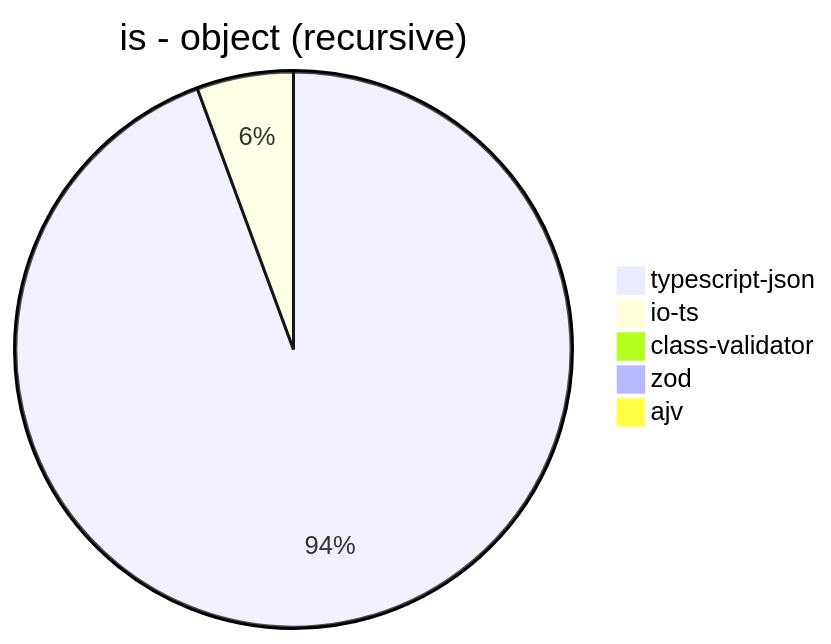
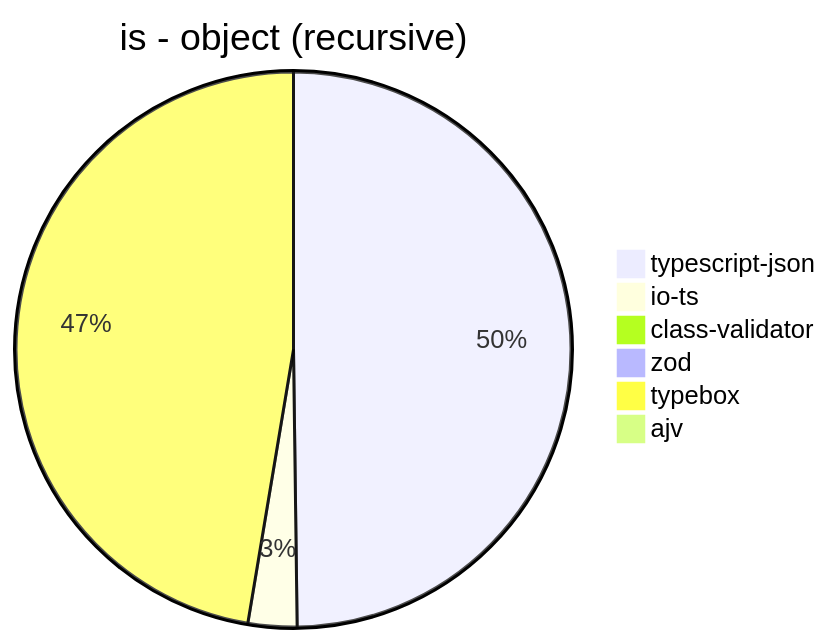
One commit to samchon/typia changed the second of 39 diagrams in benchmark/results/AMD Ryzen 7 5800H with Radeon Graphics.md. Above: the diagram before and after it, drawn with Mermaid. The commit also changed other lines of this file and 6 other files, not shown here.

````diff
--- a/benchmark/results/AMD Ryzen 7 5800H with Radeon Graphics.md
+++ b/benchmark/results/AMD Ryzen 7 5800H with Radeon Graphics.md
@@ -31,8 +32,9 @@
 ```mermaid
 pie title is - object (recursive)
-  "typescript-json": 80738.98431665423
-  "io-ts": 4809.428467419003
-  "class-validator": 39.66368122829464
-  "zod": 69.23783287419651
+  "typescript-json": 82627.6906238599
+  "io-ts": 4717.732884399551
+  "class-validator": 39.520509458700126
+  "zod": 68.88489208633094
+  "typebox": 78604.4264886703
   "ajv": 0
 ```
````
